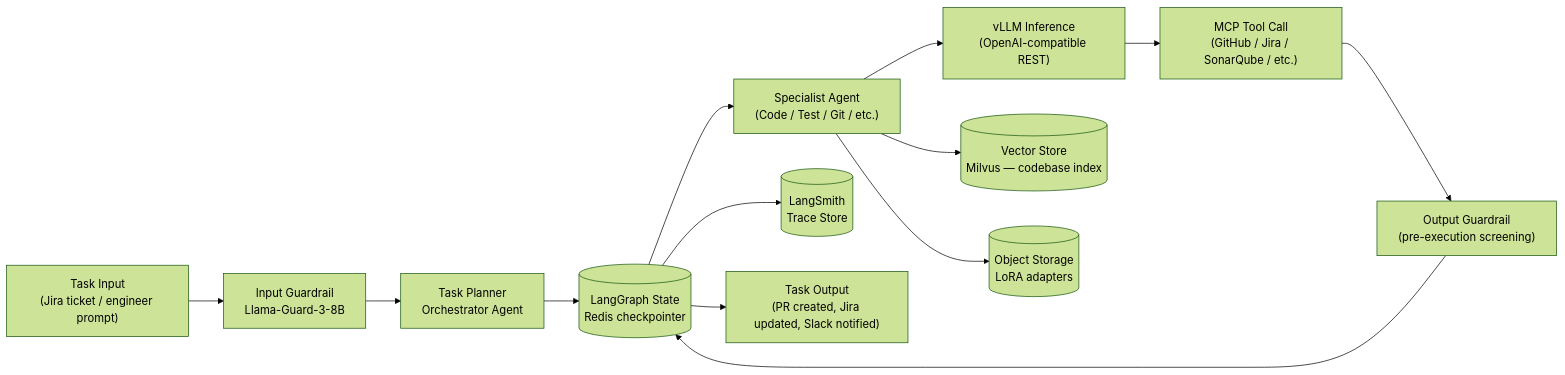
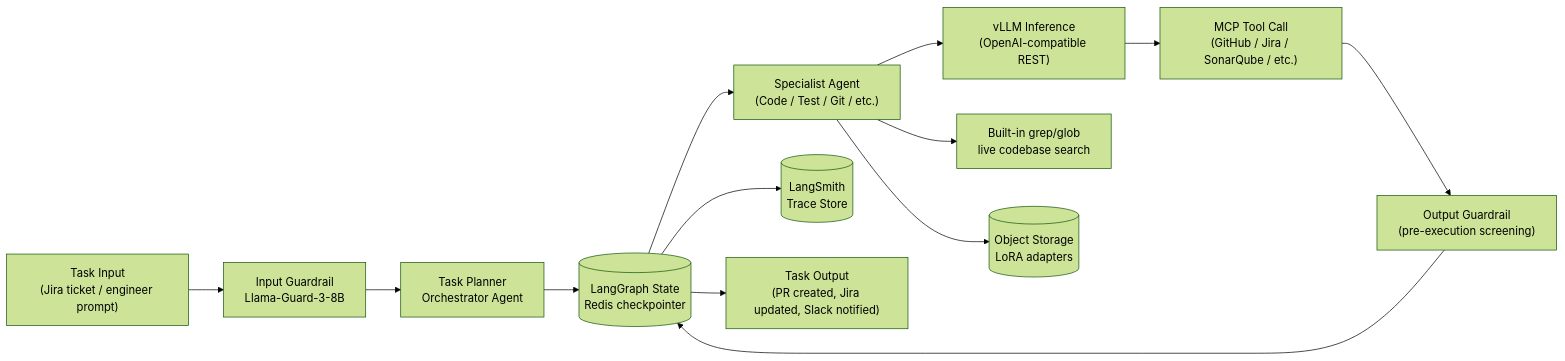
The diagram in docs/architecture/04-data-architecture.md (JosephSearle/development-team), drawn with Mermaid (forest theme) before and after one commit. The commit also changed other lines of this file and 13 other files, not shown here.

Commit message:
chore(arch): Updated architecture docs to reflect finished phased development plan

````diff
--- a/docs/architecture/04-data-architecture.md
+++ b/docs/architecture/04-data-architecture.md
@@ -50,15 +50,15 @@
 ```mermaid
 flowchart LR
   Input["Task Input<br/>(Jira ticket / engineer prompt)"] --> GuardIn["Input Guardrail<br/>Llama-Guard-3-8B"]
   GuardIn --> Planner["Task Planner<br/>Orchestrator Agent"]
   Planner --> State[("LangGraph State<br/>Redis checkpointer")]
   State --> AgentLoop["Specialist Agent<br/>(Code / Test / Git / etc.)"]
   AgentLoop --> ModelCall["vLLM Inference<br/>(OpenAI-compatible REST)"]
   ModelCall --> ToolCall["MCP Tool Call<br/>(GitHub / Jira / SonarQube / etc.)"]
   ToolCall --> GuardOut["Output Guardrail<br/>(pre-execution screening)"]
   GuardOut --> State
-  AgentLoop --> VecSearch[("Vector Store<br/>Milvus — codebase index")]
+  AgentLoop --> FileSearch["Built-in grep/glob<br/>live codebase search"]
   AgentLoop --> ObjStore[("Object Storage<br/>LoRA adapters")]
   State --> Trace[("LangSmith<br/>Trace Store")]
   State --> Output["Task Output<br/>(PR created, Jira updated, Slack notified)"]
 ```
````
